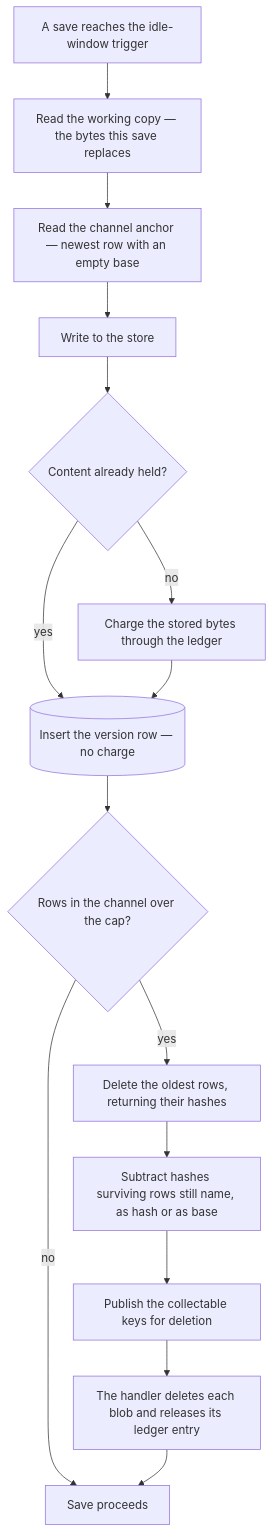
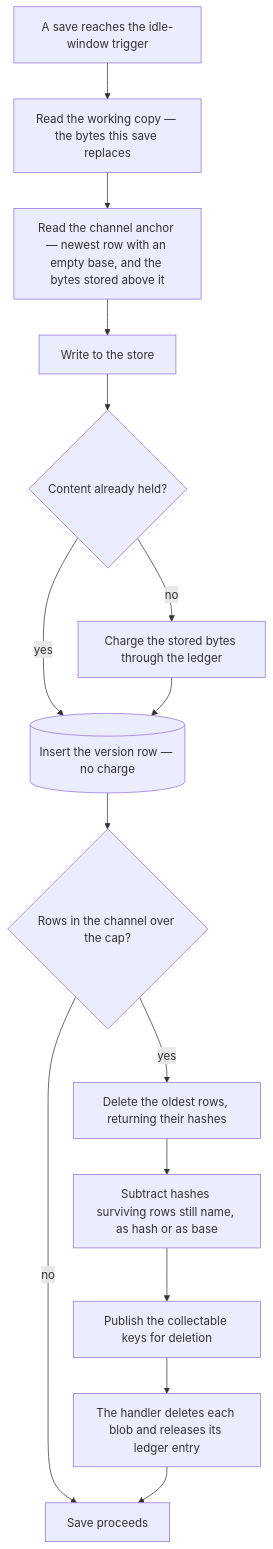
The diagram in packages/app/content/docs/proposals/platform/resource-version-store/integration.md (Esposter/Esposter), drawn with Mermaid before and after one commit. The commit also changed other lines of this file and 3 other files, not shown here.

````diff
--- a/packages/app/content/docs/proposals/platform/resource-version-store/integration.md
+++ b/packages/app/content/docs/proposals/platform/resource-version-store/integration.md
@@ -28,17 +28,17 @@
 ```mermaid
 flowchart TD
   trigger["A save reaches the idle-window trigger"] --> current["Read the working copy — the bytes this save replaces"]
-  current --> anchorRead["Read the channel anchor — newest row with an empty base"]
+  current --> anchorRead["Read the channel anchor — newest row with an empty base, and the bytes stored above it"]
   anchorRead --> store["Write to the store"]
   store --> deduped{"Content already held?"}
   deduped -->|yes| row[("Insert the version row — no charge")]
   deduped -->|no| charge["Charge the stored bytes through the ledger"]
   charge --> row
   row --> ring{"Rows in the channel over the cap?"}
   ring -->|no| done["Save proceeds"]
   ring -->|yes| evict["Delete the oldest rows, returning their hashes"]
   evict --> retained["Subtract hashes surviving rows still name, as hash or as base"]
   retained --> publishDeletion["Publish the collectable keys for deletion"]
   publishDeletion --> release["The handler deletes each blob and releases its ledger entry"]
   release --> done
 ```
````
